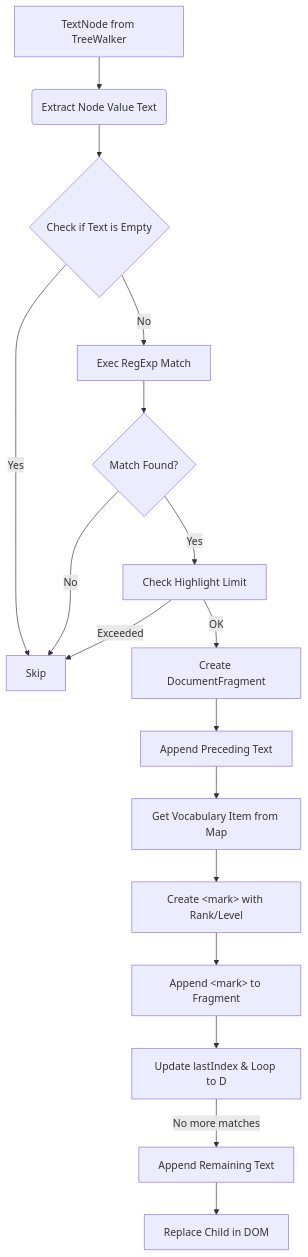
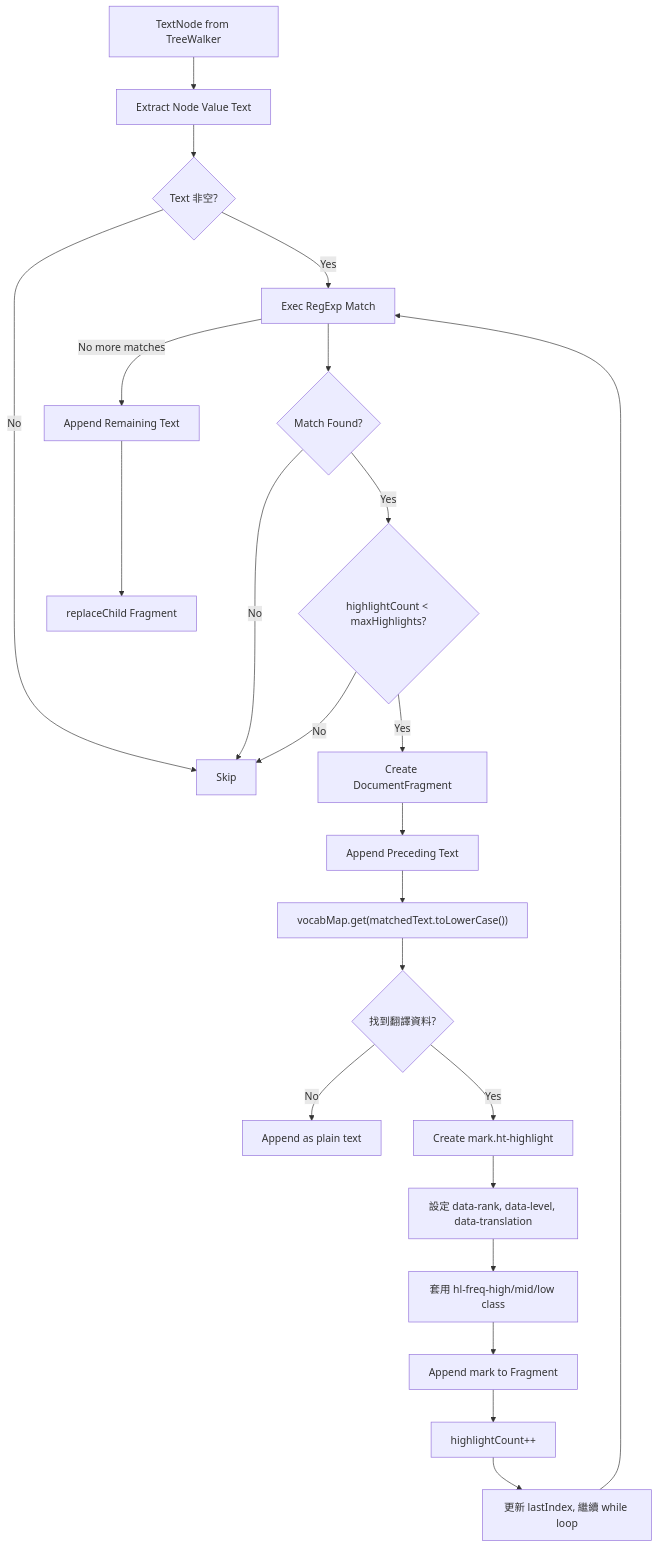
One commit to kylecheng3146/highlighting-translate changed the third of 4 diagrams in .shared/05-flow-diagrams.md. Above: the diagram before and after it, drawn with Mermaid. The commit also changed other lines of this file and 15 other files, not shown here.

````diff
--- a/.shared/05-flow-diagrams.md
+++ b/.shared/05-flow-diagrams.md
@@ -12,19 +59,25 @@
 ```mermaid
 flowchart TD
-    A[TextNode from TreeWalker] --> B(Extract Node Value Text)
-    B --> C{Check if Text is Empty}
-    C -- Yes --> Z[Skip]
-    C -- No --> D[Exec RegExp Match]
+    A[TextNode from TreeWalker] --> B[Extract Node Value Text]
+    B --> C{Text 非空?}
+    C -- No --> Z[Skip]
+    C -- Yes --> D[Exec RegExp Match]
     D --> E{Match Found?}
     E -- No --> Z
-    E -- Yes --> F[Check Highlight Limit]
-    F -- Exceeded --> Z
-    F -- OK --> G[Create DocumentFragment]
+    E -- Yes --> F{highlightCount < maxHighlights?}
+    F -- No --> Z
+    F -- Yes --> G[Create DocumentFragment]
     G --> H[Append Preceding Text]
-    H --> I[Get Vocabulary Item from Map]
-    I --> J[Create &lt;mark&gt; with Rank/Level]
-    J --> K[Append &lt;mark&gt; to Fragment]
-    K --> L[Update lastIndex & Loop to D]
-    L -- "No more matches" --> M[Append Remaining Text]
-    M --> N[Replace Child in DOM]
+    H --> I["vocabMap.get(matchedText.toLowerCase())"]
+    I --> J{找到翻譯資料?}
+    J -- No --> K[Append as plain text]
+    J -- Yes --> L[Create mark.ht-highlight]
+    L --> M[設定 data-rank, data-level, data-translation]
+    M --> N[套用 hl-freq-high/mid/low class]
+    N --> O[Append mark to Fragment]
+    O --> P[highlightCount++]
+    P --> Q[更新 lastIndex, 繼續 while loop]
+    Q --> D
+    D -- "No more matches" --> R[Append Remaining Text]
+    R --> S[replaceChild Fragment]
 ```
````
